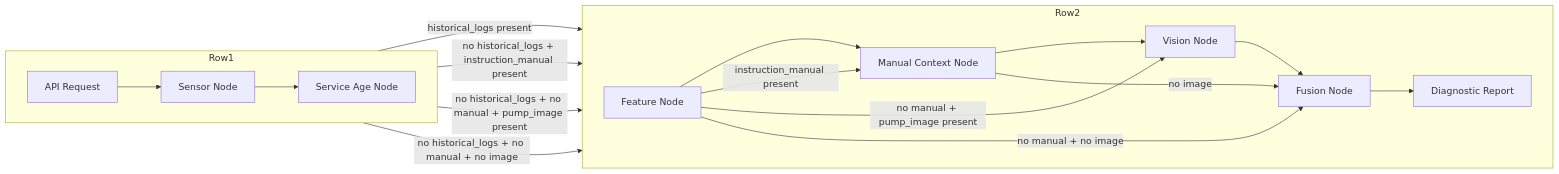
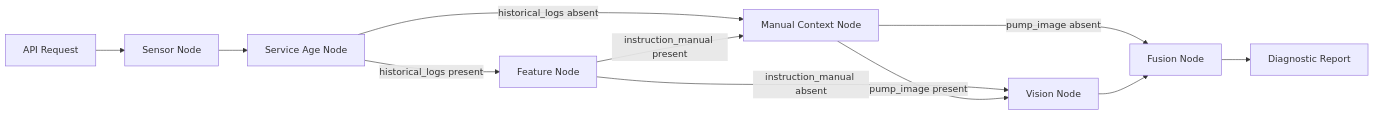
Before and after one commit to Murthypsty0419/Multi-Modal-Predictive-Maintenance-Agent: the diagram in README.md, drawn with Mermaid.

````diff
--- a/README.md
+++ b/README.md
@@ -23,23 +23,12 @@
 ```mermaid
 flowchart LR
-    subgraph Row1
-    direction LR
     A[API Request] --> SN[Sensor Node] --> SAN[Service Age Node]
-    end
-
-    subgraph Row2
-    direction LR
-    FN[Feature Node] --> MCN[Manual Context Node] --> VN[Vision Node] --> FUSE[Fusion Node] --> R[Diagnostic Report]
-    end
-
-    SAN -->|historical_logs present| FN
-    SAN -->|no historical_logs + instruction_manual present| MCN
-    SAN -->|no historical_logs + no manual + pump_image present| VN
-    SAN -->|no historical_logs + no manual + no image| FUSE
-
+    SAN -->|historical_logs present| FN[Feature Node]
+    SAN -->|historical_logs absent| MCN[Manual Context Node]
     FN -->|instruction_manual present| MCN
-    FN -->|no manual + pump_image present| VN
-    FN -->|no manual + no image| FUSE
-
-    MCN -->|no image| FUSE
+    FN -->|instruction_manual absent| VN[Vision Node]
+    MCN -->|pump_image present| VN
+    MCN -->|pump_image absent| FUSE[Fusion Node]
+    VN --> FUSE
+    FUSE --> R[Diagnostic Report]
 ```
````
